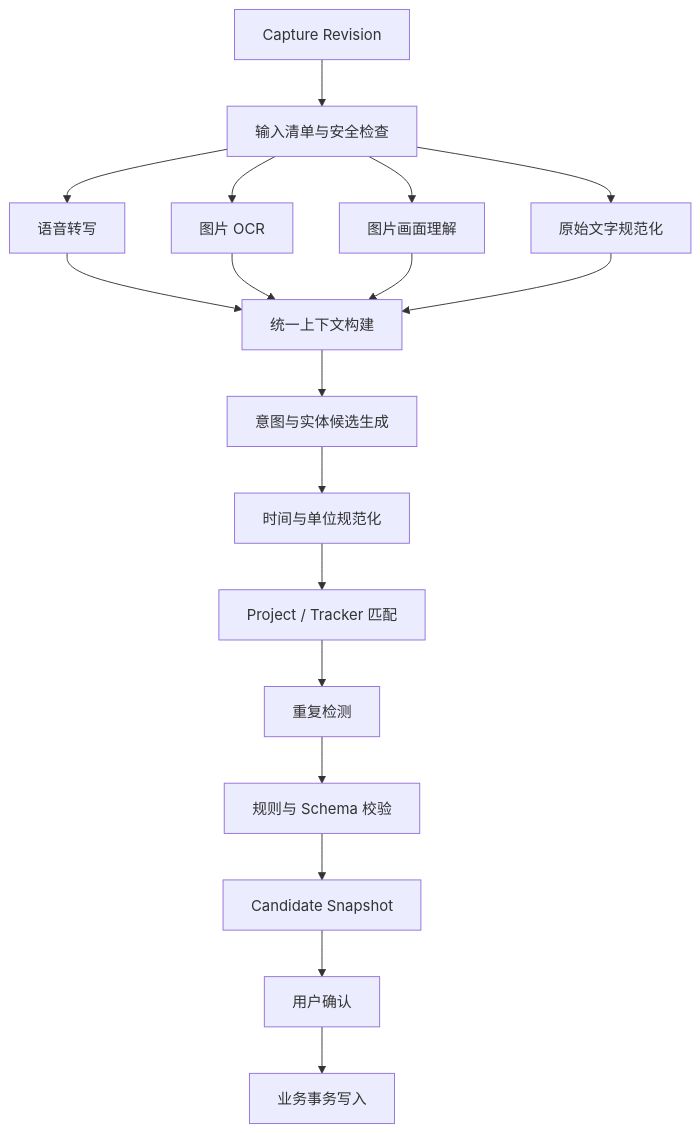
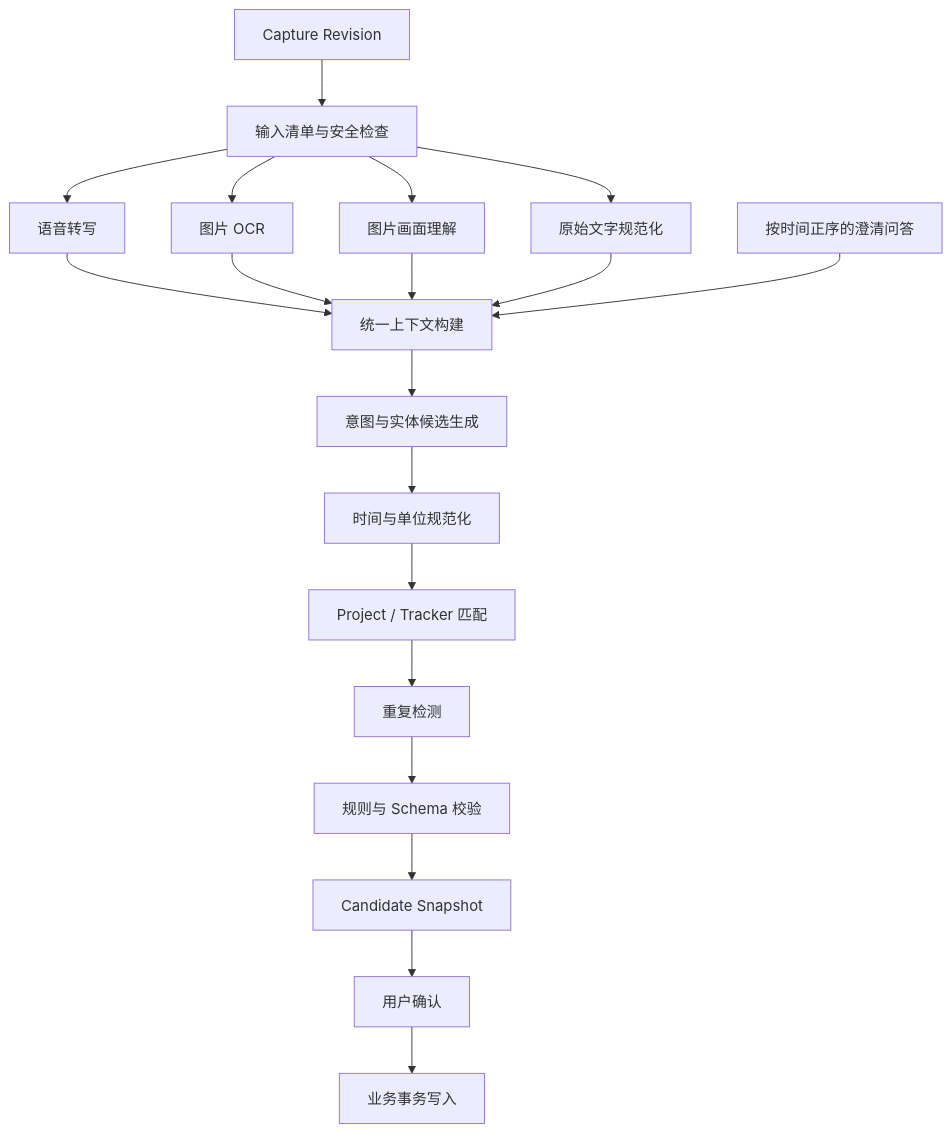
One commit to xiaoguo123456/steward changed the third of 7 diagrams in docs/整体架构设计.md. Above: the diagram before and after it, drawn with Mermaid. The commit also changed other lines of this file and 48 other files, not shown here.

````diff
--- a/docs/整体架构设计.md
+++ b/docs/整体架构设计.md
@@ -1017,20 +1017,21 @@
 ```mermaid
 flowchart TD
     A["Capture Revision"] --> B["输入清单与安全检查"]
     B --> C1["语音转写"]
     B --> C2["图片 OCR"]
     B --> C3["图片画面理解"]
     B --> C4["原始文字规范化"]
     C1 --> D["统一上下文构建"]
     C2 --> D
     C3 --> D
     C4 --> D
+    Q["按时间正序的澄清问答"] --> D
     D --> E["意图与实体候选生成"]
     E --> F["时间与单位规范化"]
     F --> G["Project / Tracker 匹配"]
     G --> H["重复检测"]
     H --> I["规则与 Schema 校验"]
     I --> J["Candidate Snapshot"]
     J --> K["用户确认"]
     K --> L["业务事务写入"]
 ```
````
